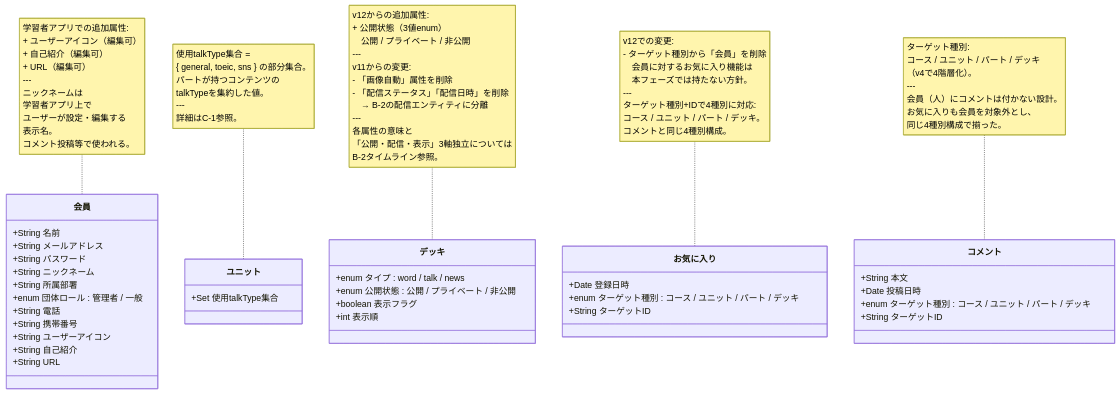
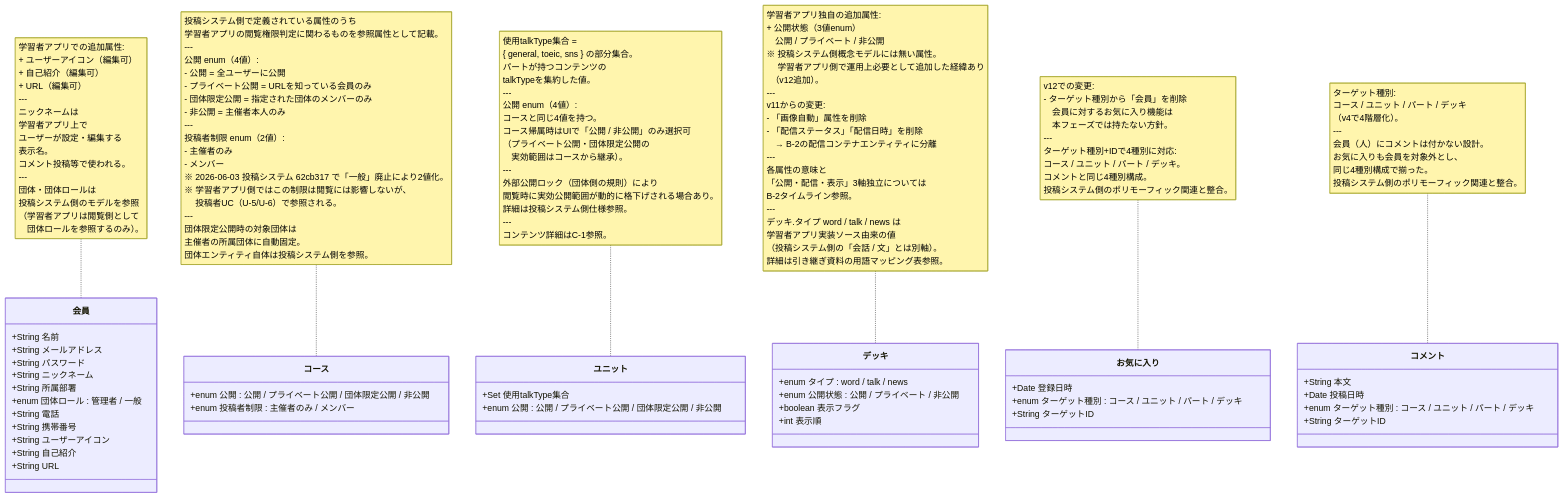
The diagram in choi/学習者アプリ_概念モデル/学習者アプリ_概念モデル図_B0_既存エンティティ差分.mmd (topicmaker-git/Pages), drawn with Mermaid before and after one commit. The commit also changed 7 other files, not shown here.

```diff
--- a/choi/学習者アプリ_概念モデル/学習者アプリ_概念モデル図_B0_既存エンティティ差分.mmd
+++ b/choi/学習者アプリ_概念モデル/学習者アプリ_概念モデル図_B0_既存エンティティ差分.mmd
@@ -1,50 +1,58 @@
 classDiagram
 direction TB
 
 class 会員 {
     +String 名前
     +String メールアドレス
     +String パスワード
     +String ニックネーム
     +String 所属部署
     +enum 団体ロール : 管理者 / 一般
     +String 電話
     +String 携帯番号
     +String ユーザーアイコン
     +String 自己紹介
     +String URL
 }
 
+class コース {
+    +enum 公開 : 公開 / プライベート公開 / 団体限定公開 / 非公開
+    +enum 投稿者制限 : 主催者のみ / メンバー
+}
+
 class ユニット {
     +Set 使用talkType集合
+    +enum 公開 : 公開 / プライベート公開 / 団体限定公開 / 非公開
 }
 
 class デッキ {
     +enum タイプ : word / talk / news
     +enum 公開状態 : 公開 / プライベート / 非公開
     +boolean 表示フラグ
     +int 表示順
 }
 
 class お気に入り {
     +Date 登録日時
     +enum ターゲット種別 : コース / ユニット / パート / デッキ
     +String ターゲットID
 }
 
 class コメント {
     +String 本文
     +Date 投稿日時
     +enum ターゲット種別 : コース / ユニット / パート / デッキ
     +String ターゲットID
 }
 
-note for 会員 "学習者アプリでの追加属性:<br>+ ユーザーアイコン（編集可）<br>+ 自己紹介（編集可）<br>+ URL（編集可）<br>---<br>ニックネームは<br>学習者アプリ上で<br>ユーザーが設定・編集する<br>表示名。<br>コメント投稿等で使われる。"
+note for 会員 "学習者アプリでの追加属性:<br>+ ユーザーアイコン（編集可）<br>+ 自己紹介（編集可）<br>+ URL（編集可）<br>---<br>ニックネームは<br>学習者アプリ上で<br>ユーザーが設定・編集する<br>表示名。<br>コメント投稿等で使われる。<br>---<br>団体・団体ロールは<br>投稿システム側のモデルを参照<br>（学習者アプリは閲覧側として<br>　団体ロールを参照するのみ）。"
 
-note for ユニット "使用talkType集合 =<br>{ general, toeic, sns } の部分集合。<br>パートが持つコンテンツの<br>talkTypeを集約した値。<br>---<br>詳細はC-1参照。"
+note for コース "投稿システム側で定義されている属性のうち<br>学習者アプリの閲覧権限判定に関わるものを参照属性として記載。<br>---<br>公開 enum（4値）:<br>- 公開 = 全ユーザーに公開<br>- プライベート公開 = URLを知っている会員のみ<br>- 団体限定公開 = 指定された団体のメンバーのみ<br>- 非公開 = 主催者本人のみ<br>---<br>投稿者制限 enum（2値）:<br>- 主催者のみ<br>- メンバー<br>※ 2026-06-03 投稿システム 62cb317 で「一般」廃止により2値化。<br>※ 学習者アプリ側ではこの制限は閲覧には影響しないが、<br>　 投稿者UC（U-5/U-6）で参照される。<br>---<br>団体限定公開時の対象団体は<br>主催者の所属団体に自動固定。<br>団体エンティティ自体は投稿システム側を参照。"
 
-note for デッキ "v12からの追加属性:<br>+ 公開状態（3値enum）<br>　公開 / プライベート / 非公開<br>---<br>v11からの変更:<br>- 「画像自動」属性を削除<br>- 「配信ステータス」「配信日時」を削除<br>　→ B-2の配信エンティティに分離<br>---<br>各属性の意味と<br>「公開・配信・表示」3軸独立については<br>B-2タイムライン参照。"
+note for ユニット "使用talkType集合 =<br>{ general, toeic, sns } の部分集合。<br>パートが持つコンテンツの<br>talkTypeを集約した値。<br>---<br>公開 enum（4値）:<br>コースと同じ4値を持つ。<br>コース帰属時はUIで「公開 / 非公開」のみ選択可<br>（プライベート公開・団体限定公開の<br>　実効範囲はコースから継承）。<br>---<br>外部公開ロック（団体側の規則）により<br>閲覧時に実効公開範囲が動的に格下げされる場合あり。<br>詳細は投稿システム側仕様参照。<br>---<br>コンテンツ詳細はC-1参照。"
 
-note for お気に入り "v12での変更:<br>- ターゲット種別から「会員」を削除<br>　会員に対するお気に入り機能は<br>　本フェーズでは持たない方針。<br>---<br>ターゲット種別+IDで4種別に対応:<br>コース / ユニット / パート / デッキ。<br>コメントと同じ4種別構成。"
+note for デッキ "学習者アプリ独自の追加属性:<br>+ 公開状態（3値enum）<br>　公開 / プライベート / 非公開<br>※ 投稿システム側概念モデルには無い属性。<br>　 学習者アプリ側で運用上必要として追加した経緯あり<br>　（v12追加）。<br>---<br>v11からの変更:<br>- 「画像自動」属性を削除<br>- 「配信ステータス」「配信日時」を削除<br>　→ B-2の配信コンテナエンティティに分離<br>---<br>各属性の意味と<br>「公開・配信・表示」3軸独立については<br>B-2タイムライン参照。<br>---<br>デッキ.タイプ word / talk / news は<br>学習者アプリ実装ソース由来の値<br>（投稿システム側の「会話 / 文」とは別軸）。<br>詳細は引き継ぎ資料の用語マッピング表参照。"
 
-note for コメント "ターゲット種別:<br>コース / ユニット / パート / デッキ<br>（v4で4階層化）。<br>---<br>会員（人）にコメントは付かない設計。<br>お気に入りも会員を対象外とし、<br>同じ4種別構成で揃った。"
+note for お気に入り "v12での変更:<br>- ターゲット種別から「会員」を削除<br>　会員に対するお気に入り機能は<br>　本フェーズでは持たない方針。<br>---<br>ターゲット種別+IDで4種別に対応:<br>コース / ユニット / パート / デッキ。<br>コメントと同じ4種別構成。<br>投稿システム側のポリモーフィック関連と整合。"
+
+note for コメント "ターゲット種別:<br>コース / ユニット / パート / デッキ<br>（v4で4階層化）。<br>---<br>会員（人）にコメントは付かない設計。<br>お気に入りも会員を対象外とし、<br>同じ4種別構成で揃った。<br>投稿システム側のポリモーフィック関連と整合。"
```
